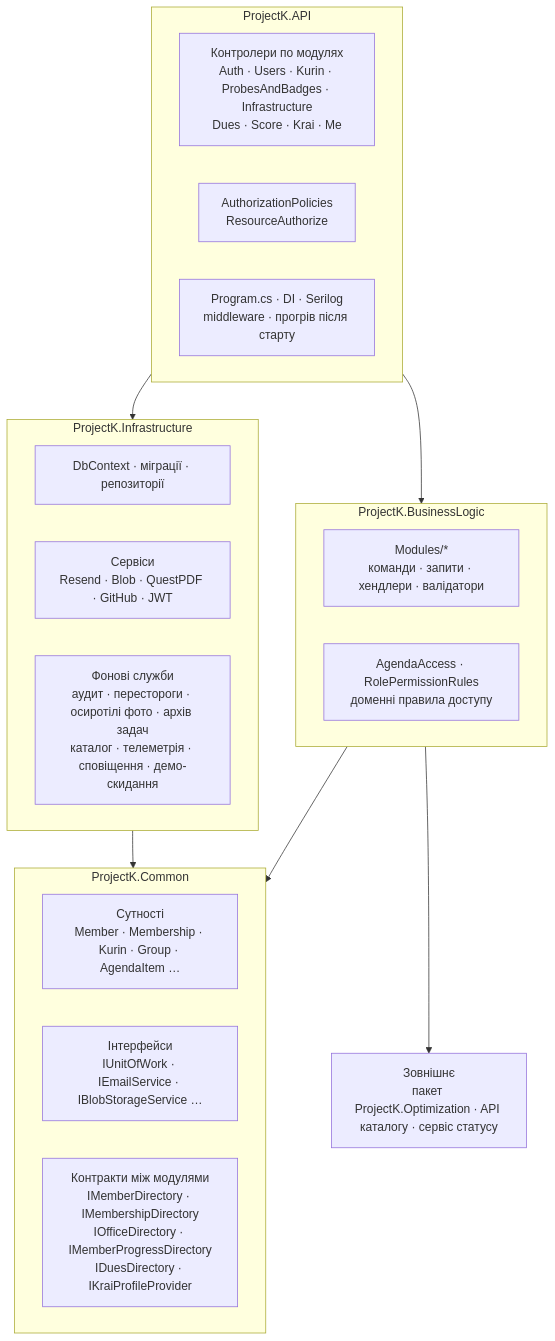
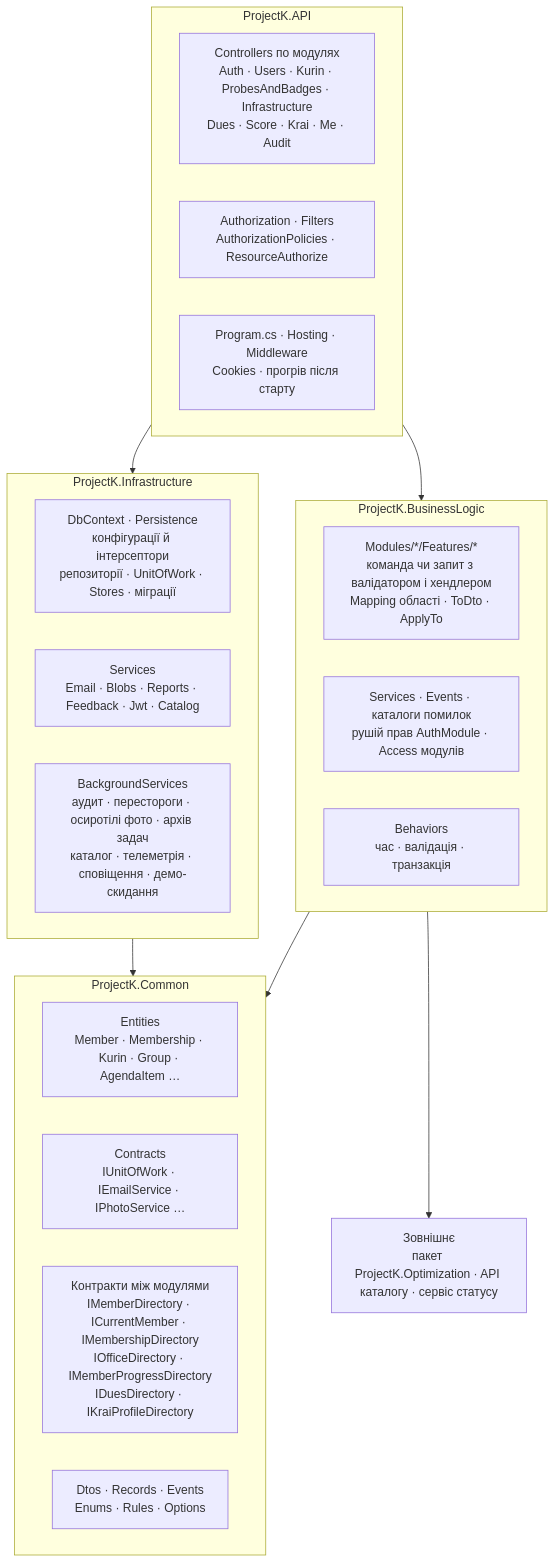
Before and after one commit to lileyka-app/Project-K: the third of 4 diagrams in docs/dev/core/architecture-diagrams.md, drawn with Mermaid. The commit also changed other lines of this file and 5 other files, not shown here.

````diff
--- a/docs/dev/core/architecture-diagrams.md
+++ b/docs/dev/core/architecture-diagrams.md
@@ -105,37 +113,39 @@
 ```mermaid
 flowchart TB
     subgraph API["ProjectK.API"]
         direction LR
-        CTRL["Контролери по модулях<br/>Auth · Users · Kurin · ProbesAndBadges · Infrastructure<br/>Dues · Score · Krai · Me"]
-        POL["AuthorizationPolicies<br/>ResourceAuthorize"]
-        DI["Program.cs · DI · Serilog<br/>middleware · прогрів після старту"]
+        CTRL["Controllers по модулях<br/>Auth · Users · Kurin · ProbesAndBadges · Infrastructure<br/>Dues · Score · Krai · Me · Audit"]
+        POL["Authorization · Filters<br/>AuthorizationPolicies · ResourceAuthorize"]
+        DI["Program.cs · Hosting · Middleware<br/>Cookies · прогрів після старту"]
     end
 
     subgraph BL["ProjectK.BusinessLogic"]
         direction LR
-        MODS["Modules/*<br/>команди · запити · хендлери · валідатори"]
-        ACCESS["AgendaAccess · RolePermissionRules<br/>доменні правила доступу"]
+        MODS["Modules/*/Features/*<br/>команда чи запит з валідатором і хендлером<br/>Mapping області · ToDto · ApplyTo"]
+        SVCS["Services · Events · каталоги помилок<br/>рушій прав AuthModule · Access модулів"]
+        BEH["Behaviors<br/>час · валідація · транзакція"]
     end
 
     subgraph COMMON["ProjectK.Common"]
         direction LR
-        ENT["Сутності<br/>Member · Membership · Kurin · Group · AgendaItem …"]
-        IFACE["Інтерфейси<br/>IUnitOfWork · IEmailService · IBlobStorageService …"]
-        CONTRACTS["Контракти між модулями<br/>IMemberDirectory · IMembershipDirectory<br/>IOfficeDirectory · IMemberProgressDirectory<br/>IDuesDirectory · IKraiProfileProvider"]
+        ENT["Entities<br/>Member · Membership · Kurin · Group · AgendaItem …"]
+        IFACE["Contracts<br/>IUnitOfWork · IEmailService · IPhotoService …"]
+        CONTRACTS["Контракти між модулями<br/>IMemberDirectory · ICurrentMember · IMembershipDirectory<br/>IOfficeDirectory · IMemberProgressDirectory<br/>IDuesDirectory · IKraiProfileDirectory"]
+        KINDS["Dtos · Records · Events<br/>Enums · Rules · Options"]
     end
 
     subgraph INFRA["ProjectK.Infrastructure"]
         direction LR
-        DBC["DbContext · міграції · репозиторії"]
-        SVC["Сервіси<br/>Resend · Blob · QuestPDF · GitHub · JWT"]
-        BG["Фонові служби<br/>аудит · перестороги · осиротілі фото · архів задач<br/>каталог · телеметрія · сповіщення · демо-скидання"]
+        DBC["DbContext · Persistence<br/>конфігурації й інтерсептори<br/>репозиторії · UnitOfWork · Stores · міграції"]
+        SVC["Services<br/>Email · Blobs · Reports · Feedback · Jwt · Catalog"]
+        BG["BackgroundServices<br/>аудит · перестороги · осиротілі фото · архів задач<br/>каталог · телеметрія · сповіщення · демо-скидання"]
     end
 
     EXT["Зовнішнє<br/>пакет ProjectK.Optimization · API каталогу · сервіс статусу"]
 
     API --> BL
     API --> INFRA
     BL --> COMMON
     INFRA --> COMMON
     BL --> EXT
 ```
````
